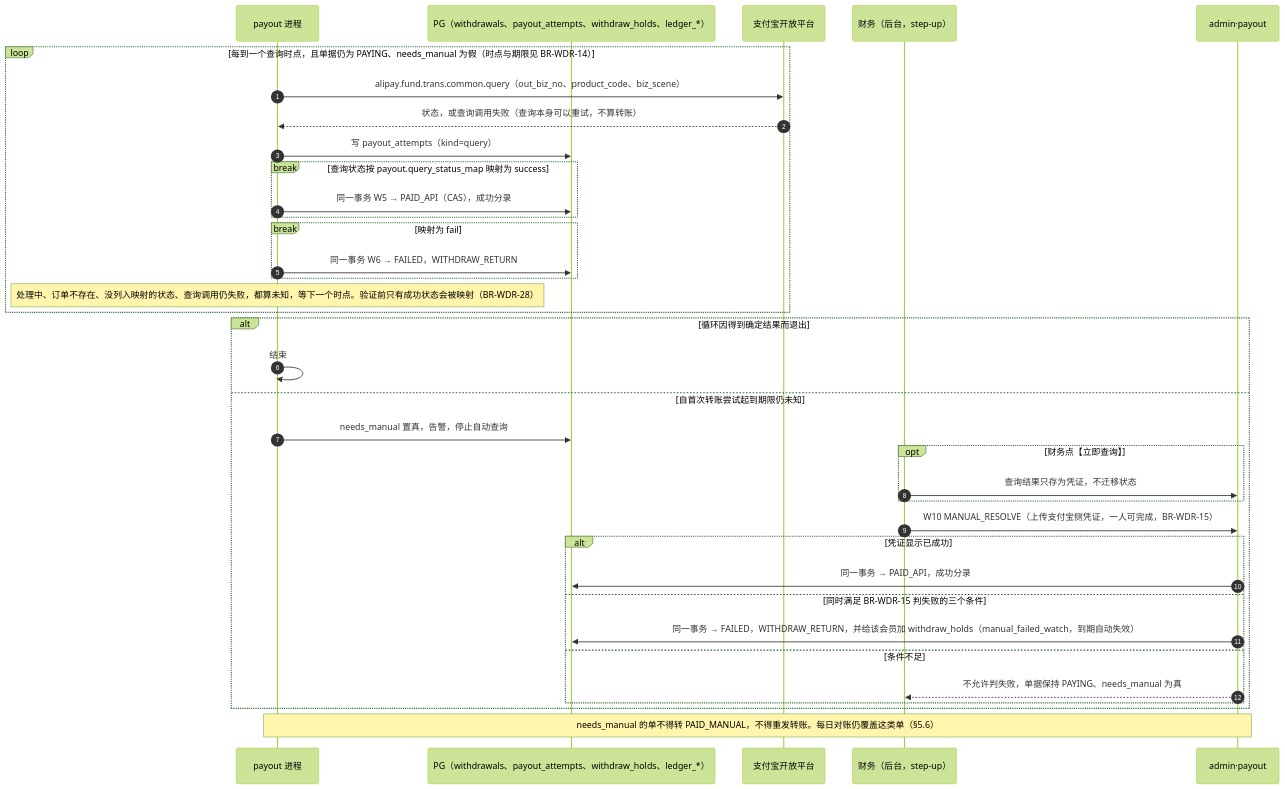
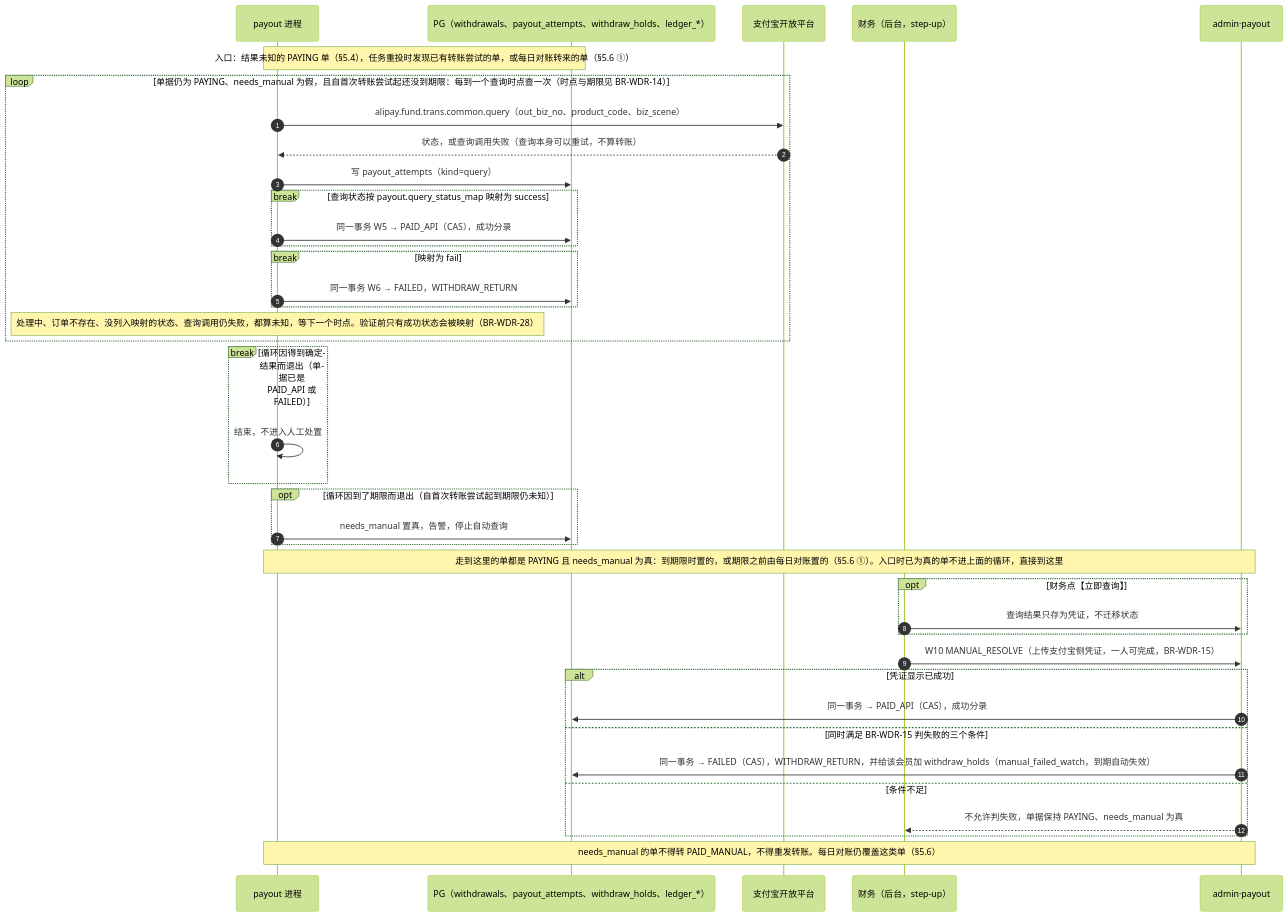
Diagram 30 of 41 in 规划/12_关键流程与状态图.md (zora4523-bot/couli), drawn with Mermaid (forest theme) before and after one commit. The commit also changed other lines of this file, not shown here.

Commit message:
docs(12): section 5.5, the query loop has a deadline exit and needs_manual orders enter manual resolution directly (Codex round 2 B11)
The loop condition now includes "deadline not reached". A definite result
ends the diagram; reaching the deadline sets needs_manual; an order whose
needs_manual was already set (by the daily reconciliation before the
deadline, or at entry) skips the loop. All three sources reach the same
W10 manual resolution.

````diff
--- a/规划/12_关键流程与状态图.md
+++ b/规划/12_关键流程与状态图.md
@@ -1925,39 +1925,42 @@
 ```mermaid
 sequenceDiagram
   autonumber
   participant P as payout 进程
   participant DB as PG（withdrawals、payout_attempts、withdraw_holds、ledger_*）
   participant Z as 支付宝开放平台
   participant F as 财务（后台，step-up）
   participant A as admin·payout
 
-  loop 每到一个查询时点，且单据仍为 PAYING、needs_manual 为假（时点与期限见 BR-WDR-14）
+  Note over P,DB: 入口：结果未知的 PAYING 单（§5.4），任务重投时发现已有转账尝试的单，或每日对账转来的单（§5.6 ①）
+  loop 单据仍为 PAYING、needs_manual 为假，且自首次转账尝试起还没到期限：每到一个查询时点查一次（时点与期限见 BR-WDR-14）
     P->>Z: alipay.fund.trans.common.query（out_biz_no、product_code、biz_scene）
     Z-->>P: 状态，或查询调用失败（查询本身可以重试，不算转账）
     P->>DB: 写 payout_attempts（kind=query）
     break 查询状态按 payout.query_status_map 映射为 success
       P->>DB: 同一事务 W5 → PAID_API（CAS），成功分录
     end
     break 映射为 fail
       P->>DB: 同一事务 W6 → FAILED，WITHDRAW_RETURN
     end
     Note over P: 处理中、订单不存在、没列入映射的状态、查询调用仍失败，都算未知，等下一个时点。验证前只有成功状态会被映射（BR-WDR-28）
   end
-  alt 循环因得到确定结果而退出
-    P->>P: 结束
-  else 自首次转账尝试起到期限仍未知
+  break 循环因得到确定结果而退出（单据已是 PAID_API 或 FAILED）
+    P->>P: 结束，不进入人工处置
+  end
+  opt 循环因到了期限而退出（自首次转账尝试起到期限仍未知）
     P->>DB: needs_manual 置真，告警，停止自动查询
-    opt 财务点【立即查询】
-      F->>A: 查询结果只存为凭证，不迁移状态
-    end
-    F->>A: W10 MANUAL_RESOLVE（上传支付宝侧凭证，一人可完成，BR-WDR-15）
-    alt 凭证显示已成功
-      A->>DB: 同一事务 → PAID_API，成功分录
-    else 同时满足 BR-WDR-15 判失败的三个条件
-      A->>DB: 同一事务 → FAILED，WITHDRAW_RETURN，并给该会员加 withdraw_holds（manual_failed_watch，到期自动失效）
-    else 条件不足
-      A-->>F: 不允许判失败，单据保持 PAYING、needs_manual 为真
-    end
+  end
+  Note over P,A: 走到这里的单都是 PAYING 且 needs_manual 为真：到期限时置的，或期限之前由每日对账置的（§5.6 ①）。入口时已为真的单不进上面的循环，直接到这里
+  opt 财务点【立即查询】
+    F->>A: 查询结果只存为凭证，不迁移状态
+  end
+  F->>A: W10 MANUAL_RESOLVE（上传支付宝侧凭证，一人可完成，BR-WDR-15）
+  alt 凭证显示已成功
+    A->>DB: 同一事务 → PAID_API（CAS），成功分录
+  else 同时满足 BR-WDR-15 判失败的三个条件
+    A->>DB: 同一事务 → FAILED（CAS），WITHDRAW_RETURN，并给该会员加 withdraw_holds（manual_failed_watch，到期自动失效）
+  else 条件不足
+    A-->>F: 不允许判失败，单据保持 PAYING、needs_manual 为真
   end
   Note over P,A: needs_manual 的单不得转 PAID_MANUAL，不得重发转账。每日对账仍覆盖这类单（§5.6）
 ```
````
